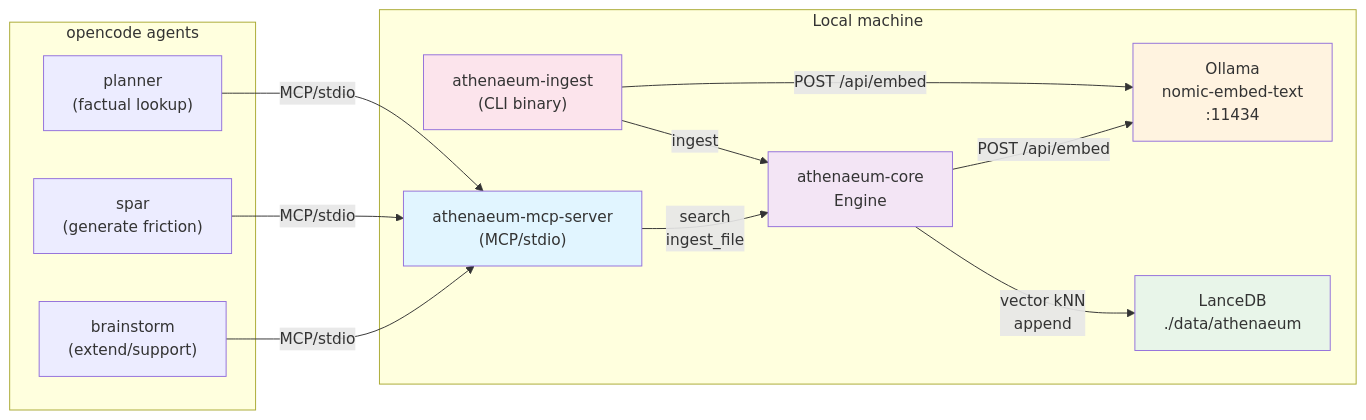
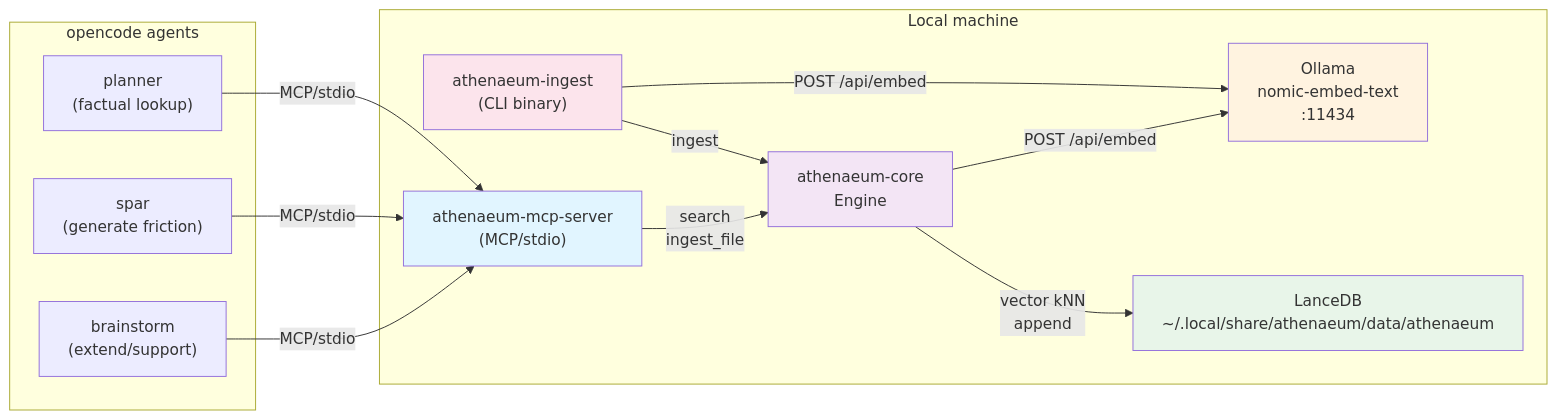
One commit to vansweej/athenaeum-mcp changed the first of 5 diagrams in docs/architecture.md. Above: the diagram before and after it, drawn with Mermaid. The commit also changed other lines of this file and 10 other files, not shown here.

First line of the commit message:
athenaeum self-locating data directory (#10)

````diff
--- a/docs/architecture.md
+++ b/docs/architecture.md
@@ -13,30 +13,30 @@
 ```mermaid
 flowchart LR
     subgraph opencode["opencode agents"]
         BR["brainstorm<br/>(extend/support)"]
         SP["spar<br/>(generate friction)"]
         PL["planner<br/>(factual lookup)"]
     end
     
     subgraph local["Local machine"]
         S["athenaeum-mcp-server<br/>(MCP/stdio)"]
         ENG["athenaeum-core<br/>Engine"]
         OL["Ollama<br/>nomic-embed-text<br/>:11434"]
-        DB["LanceDB<br/>./data/athenaeum"]
+        DB["LanceDB<br/>~/.local/share/athenaeum/data/athenaeum"]
         CLI["athenaeum-ingest<br/>(CLI binary)"]
     end
     
     BR & SP & PL -->|MCP/stdio| S
     S -->|search<br/>ingest_file| ENG
     CLI -->|ingest| ENG
     
     ENG -->|POST /api/embed| OL
     ENG -->|vector kNN<br/>append| DB
     CLI -->|POST /api/embed| OL
     
     style S fill:#e1f5ff
     style ENG fill:#f3e5f5
     style OL fill:#fff3e0
     style DB fill:#e8f5e9
     style CLI fill:#fce4ec
 ```
````
